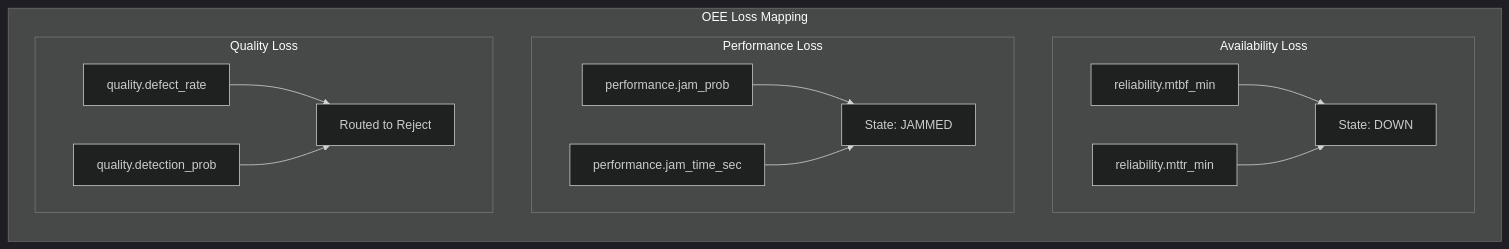
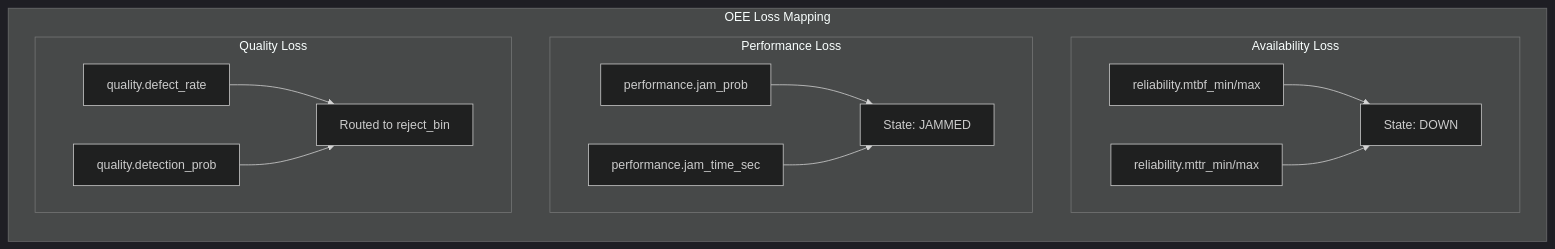
One commit to mcfitzgerald/virtual-twin changed the ninth of 10 diagrams in docs/architecture.md. Above: the diagram before and after it, drawn with Mermaid (dark theme). The commit also changed other lines of this file and 25 other files, not shown here.

````diff
--- a/docs/architecture.md
+++ b/docs/architecture.md
@@ -135,27 +269,27 @@
 ```mermaid
 flowchart LR
     subgraph OEE ["OEE Loss Mapping"]
         direction TB
 
         subgraph Availability ["Availability Loss"]
-            MTBF["reliability.mtbf_min"]
-            MTTR["reliability.mttr_min"]
+            MTBF["reliability.mtbf_min/max"]
+            MTTR["reliability.mttr_min/max"]
             MTBF --> DOWN["State: DOWN"]
             MTTR --> DOWN
         end
 
         subgraph Performance ["Performance Loss"]
             JamProb["performance.jam_prob"]
             JamTime["performance.jam_time_sec"]
             JamProb --> JAMMED["State: JAMMED"]
             JamTime --> JAMMED
         end
 
         subgraph Quality ["Quality Loss"]
             Defect["quality.defect_rate"]
             Detect["quality.detection_prob"]
-            Defect --> SCRAP["Routed to Reject"]
+            Defect --> SCRAP["Routed to reject_bin"]
             Detect --> SCRAP
         end
     end
 ```
````
